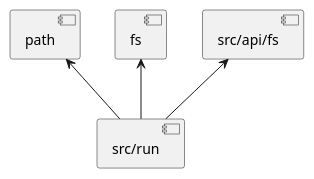
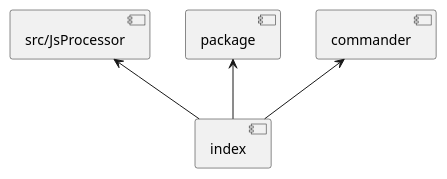
One commit to ljquan/gen-structure changed the second of 3 diagrams in structure.md. Above: the diagram before and after it, drawn with PlantUML. The commit also changed other lines of this file and 4 other files, not shown here.

````diff
--- a/structure.md
+++ b/structure.md
@@ -14,7 +12,7 @@
 ```plantuml
 @startuml
-[src/run] -up-> [src/api/fs]
-[src/run] -up-> [fs]
-[src/run] -up-> [path]
+[index] -up-> [commander]
+[index] -up-> [package]
+[index] -up-> [src/JsProcessor]
 @enduml
 ```
````
